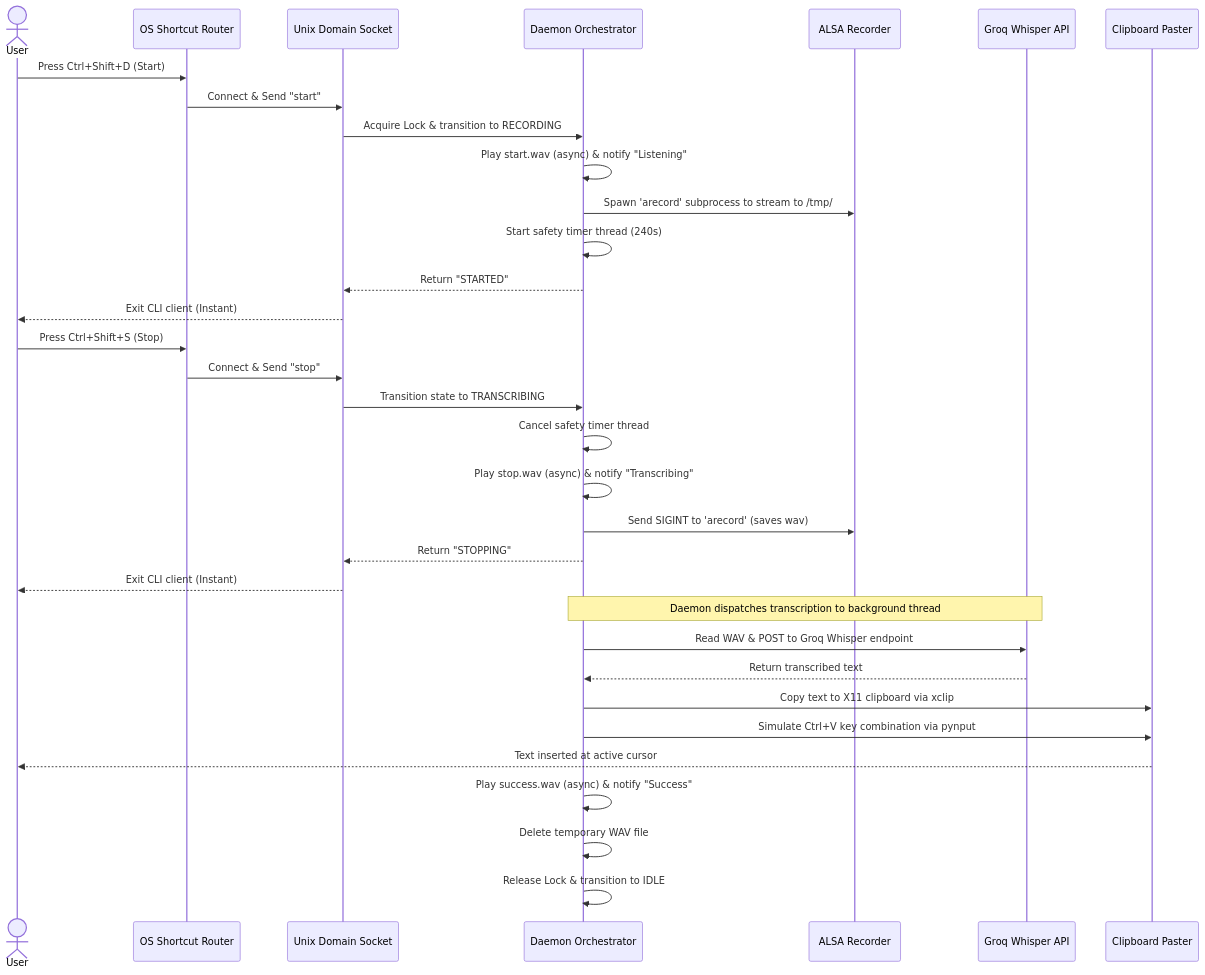
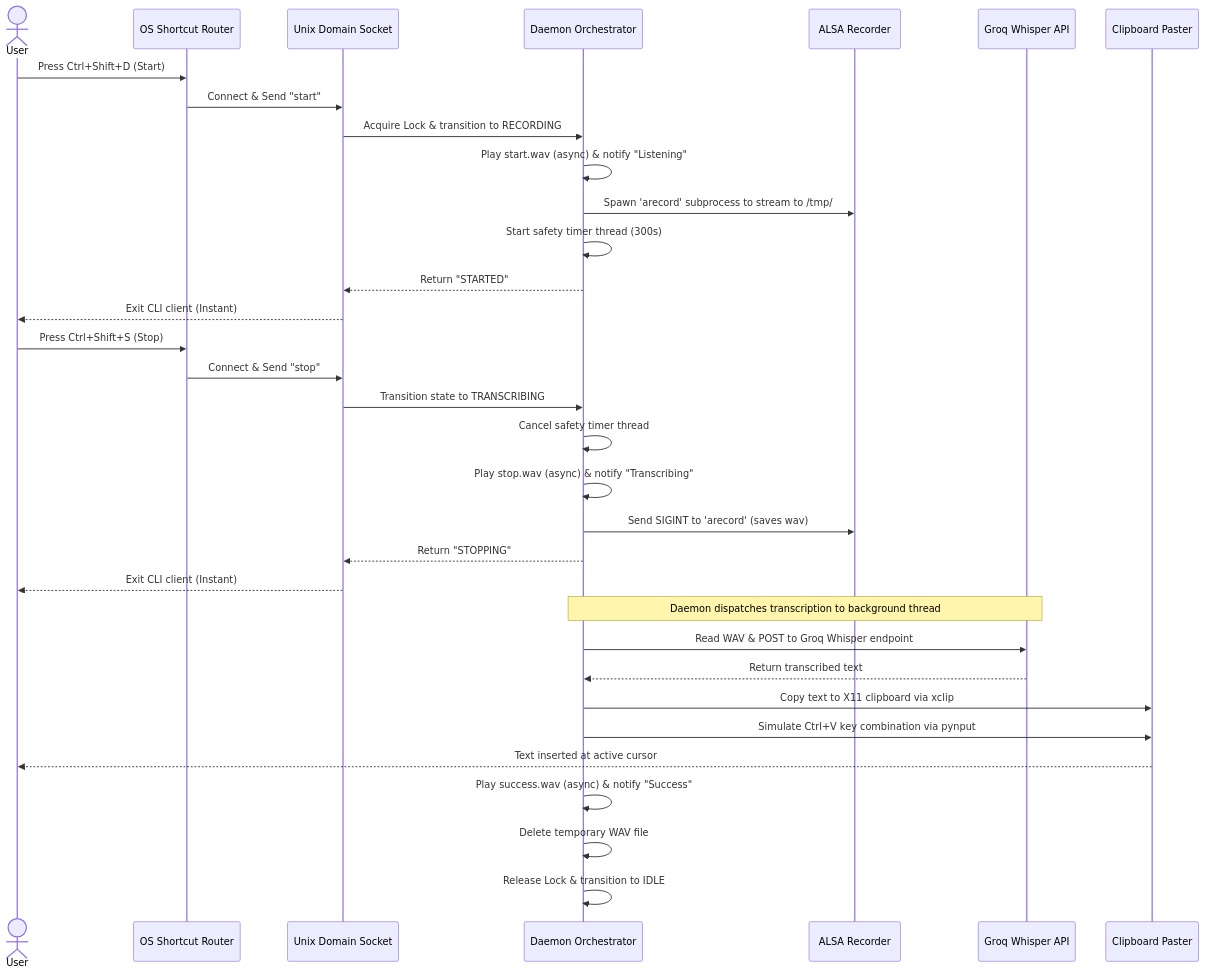
The third of 3 diagrams in docs/architecture.md (assignment-sets/personal-stt), drawn with Mermaid before and after one commit. The commit also changed 5 other files, not shown here.

````diff
--- a/docs/architecture.md
+++ b/docs/architecture.md
@@ -64,39 +64,39 @@
 ```mermaid
 sequenceDiagram
     actor User
     participant OS as OS Shortcut Router
     participant Socket as Unix Domain Socket
     participant Daemon as Daemon Orchestrator
     participant Recorder as ALSA Recorder
     participant Groq as Groq Whisper API
     participant Paster as Clipboard Paster
 
     User->>OS: Press Ctrl+Shift+D (Start)
     OS->>Socket: Connect & Send "start"
     Socket->>Daemon: Acquire Lock & transition to RECORDING
     Daemon->>Daemon: Play start.wav (async) & notify "Listening"
     Daemon->>Recorder: Spawn 'arecord' subprocess to stream to /tmp/
-    Daemon->>Daemon: Start safety timer thread (240s)
+    Daemon->>Daemon: Start safety timer thread (300s)
     Daemon-->>Socket: Return "STARTED"
     Socket-->>User: Exit CLI client (Instant)
 
     User->>OS: Press Ctrl+Shift+S (Stop)
     OS->>Socket: Connect & Send "stop"
     Socket->>Daemon: Transition state to TRANSCRIBING
     Daemon->>Daemon: Cancel safety timer thread
     Daemon->>Daemon: Play stop.wav (async) & notify "Transcribing"
     Daemon->>Recorder: Send SIGINT to 'arecord' (saves wav)
     Daemon-->>Socket: Return "STOPPING"
     Socket-->>User: Exit CLI client (Instant)
 
     Note over Daemon, Groq: Daemon dispatches transcription to background thread
 
     Daemon->>Groq: Read WAV & POST to Groq Whisper endpoint
     Groq-->>Daemon: Return transcribed text
     Daemon->>Paster: Copy text to X11 clipboard via xclip
     Daemon->>Paster: Simulate Ctrl+V key combination via pynput
     Paster-->>User: Text inserted at active cursor
     Daemon->>Daemon: Play success.wav (async) & notify "Success"
     Daemon->>Daemon: Delete temporary WAV file
     Daemon->>Daemon: Release Lock & transition to IDLE
 ```
````
